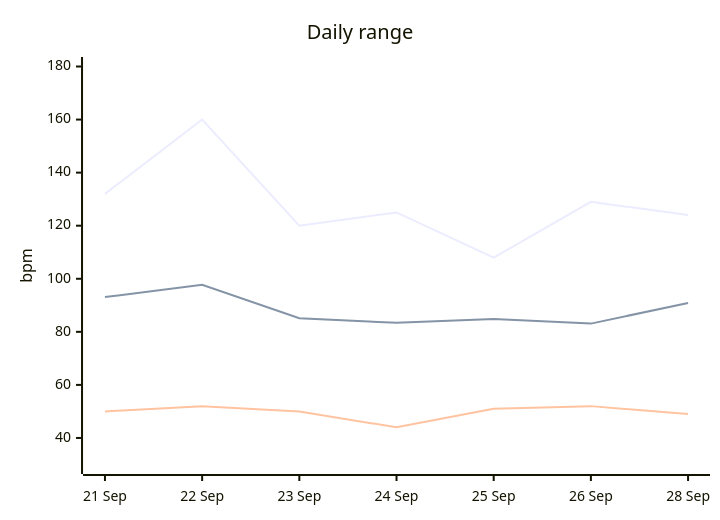
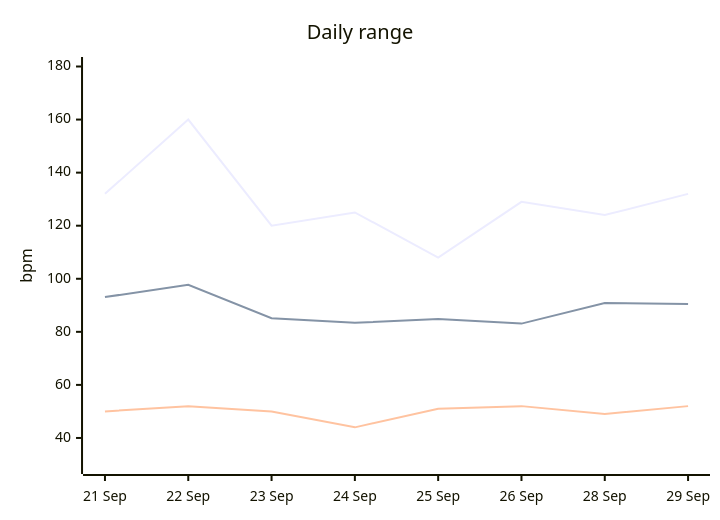
Before and after one commit to eshwarpotturi/hr-mon: the second of 3 diagrams in reports/README.md, drawn with Mermaid. The commit also changed other lines of this file and 7 other files, not shown here.

````diff
--- a/reports/README.md
+++ b/reports/README.md
@@ -50,9 +50,9 @@
 ```mermaid
 xychart-beta
     title "Daily range"
-    x-axis ["21 Sep", "22 Sep", "23 Sep", "24 Sep", "25 Sep", "26 Sep", "28 Sep"]
+    x-axis ["21 Sep", "22 Sep", "23 Sep", "24 Sep", "25 Sep", "26 Sep", "28 Sep", "29 Sep"]
     y-axis "bpm" 30 --> 180
-    line [132, 160, 120, 125, 108, 129, 124]
-    line [93.1, 97.7, 85.1, 83.4, 84.8, 83.1, 90.9]
-    line [50, 52, 50, 44, 51, 52, 49]
+    line [132, 160, 120, 125, 108, 129, 124, 132]
+    line [93.1, 97.7, 85.1, 83.4, 84.8, 83.1, 90.9, 90.5]
+    line [50, 52, 50, 44, 51, 52, 49, 52]
 ```
````
